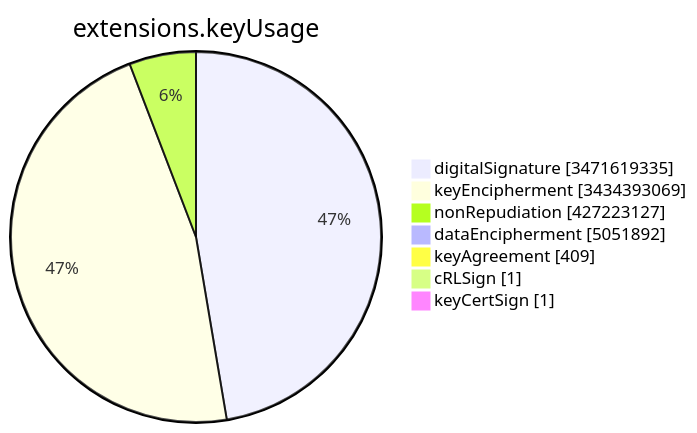
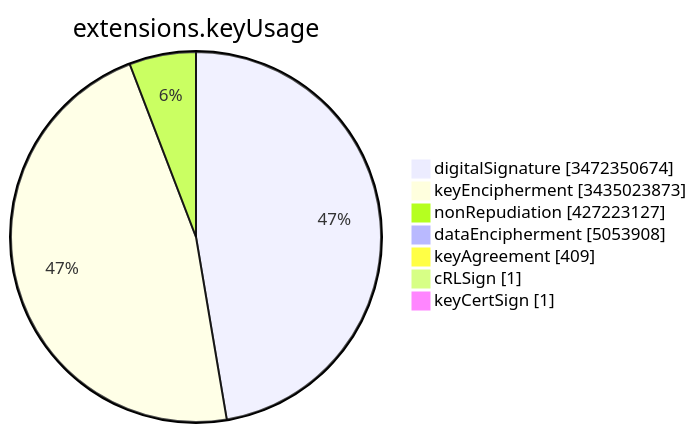
The sixth of 15 diagrams in TOTAL/README.md (christiankrug/ctmonitor_visualization), drawn with Mermaid before and after one commit. The commit also changed other lines of this file, not shown here.

````diff
--- a/TOTAL/README.md
+++ b/TOTAL/README.md
@@ -3082,11 +3082,11 @@
 ```mermaid
 pie showData
 title extensions.keyUsage
-"digitalSignature" :3471619335
-"keyEncipherment" :3434393069
+"digitalSignature" :3472350674
+"keyEncipherment" :3435023873
 "nonRepudiation" :427223127
-"dataEncipherment" :5051892
+"dataEncipherment" :5053908
 "keyAgreement" :409
 "cRLSign" :1
 "keyCertSign" :1
 ```
````
